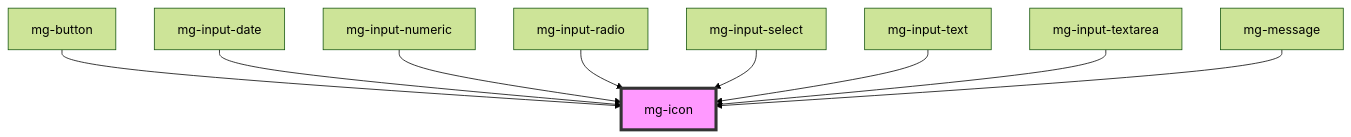
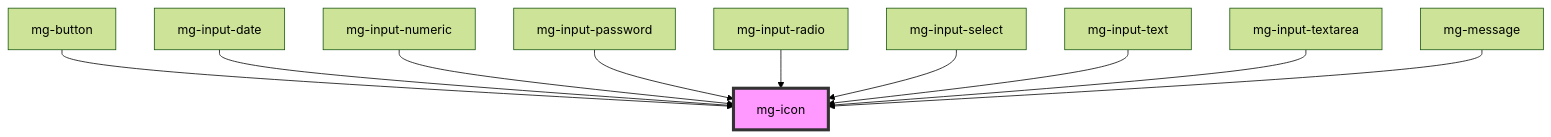
The diagram in src/components/atoms/mg-icon/readme.md (MGDIS/mg-components), drawn with Mermaid (forest theme) before and after one commit. The commit also changed other lines of this file and 43 other files, not shown here.

First line of the commit message:
feat(mg-input-password): add molecule

````diff
--- a/src/components/atoms/mg-icon/readme.md
+++ b/src/components/atoms/mg-icon/readme.md
@@ -28,12 +29,13 @@
 ```mermaid
 graph TD;
   mg-button --> mg-icon
   mg-input-date --> mg-icon
   mg-input-numeric --> mg-icon
+  mg-input-password --> mg-icon
   mg-input-radio --> mg-icon
   mg-input-select --> mg-icon
   mg-input-text --> mg-icon
   mg-input-textarea --> mg-icon
   mg-message --> mg-icon
   style mg-icon fill:#f9f,stroke:#333,stroke-width:4px
 ```
````
